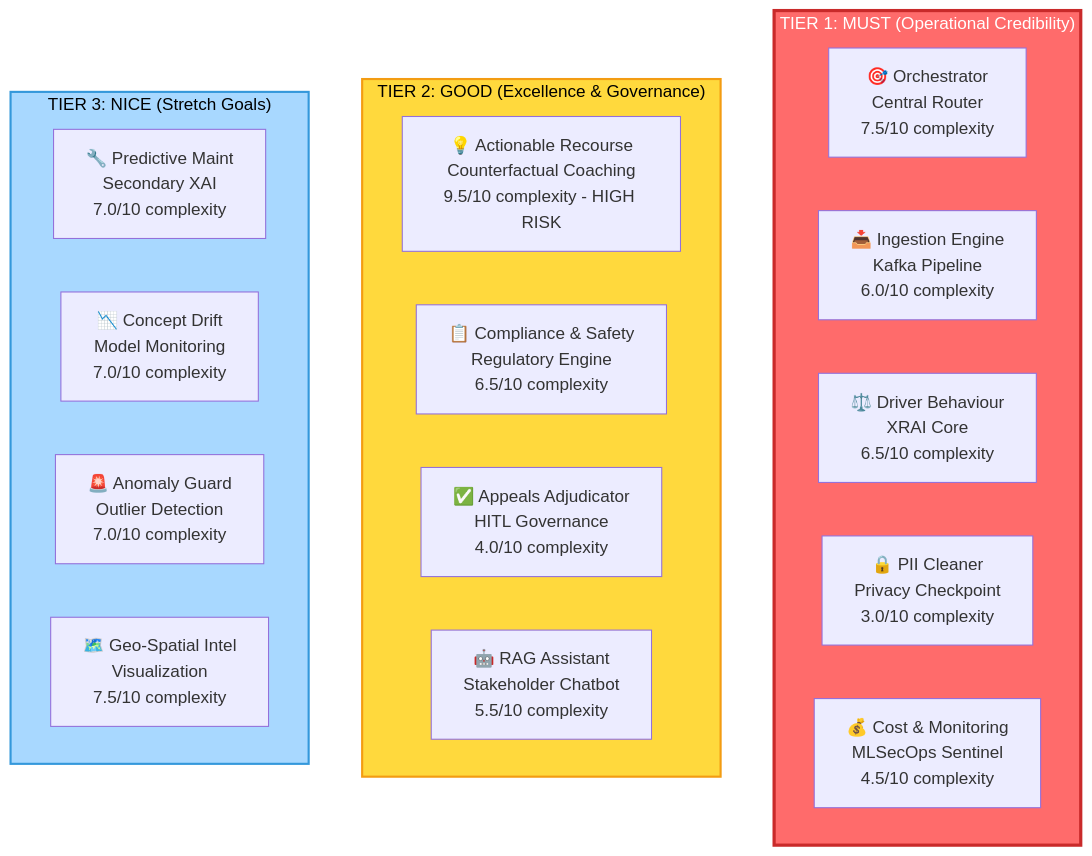
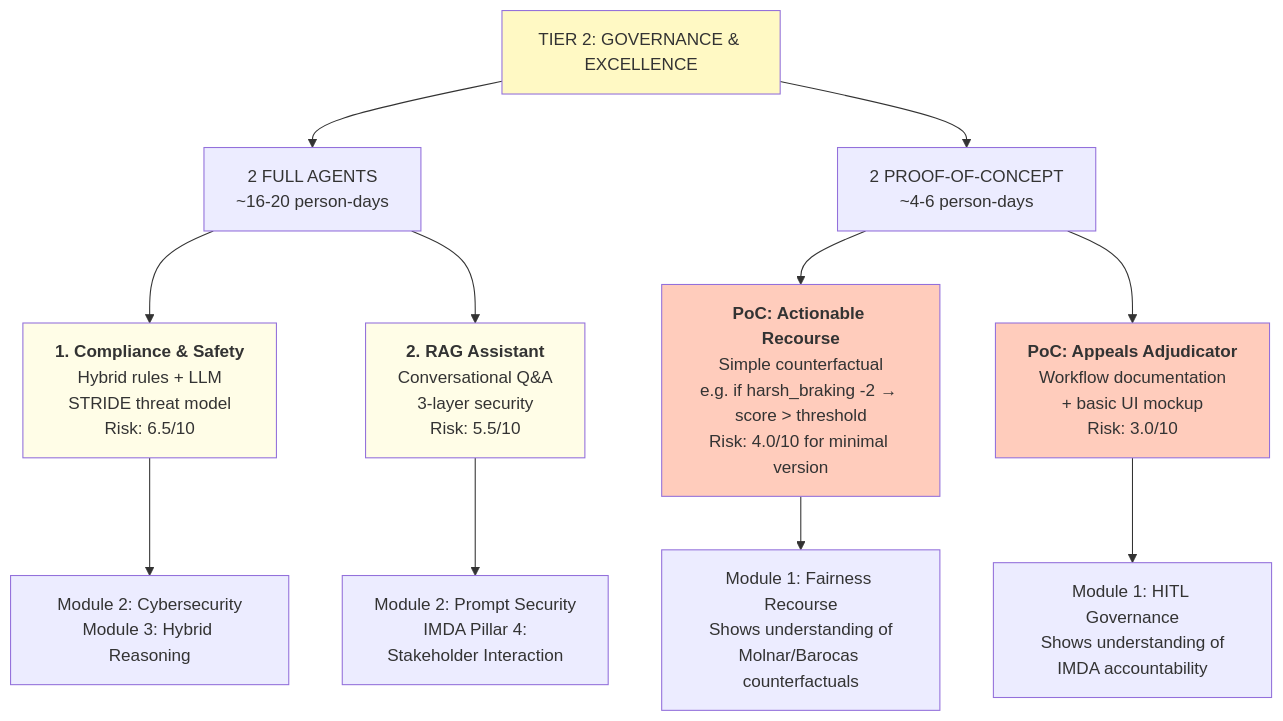
One commit to tracedata-ai/tracedata-ai-monorepo changed the third of 15 diagrams in docs/architecture/master_plan.md. Above: the diagram before and after it, drawn with Mermaid. The commit also changed other lines of this file and 1 other file, not shown here.

````diff
--- a/docs/architecture/master_plan.md
+++ b/docs/architecture/master_plan.md
@@ -36,28 +119,23 @@
 ```mermaid
-graph TB
-    subgraph T1["TIER 1: MUST (Operational Credibility)"]
-        O["🎯 Orchestrator<br/>Central Router<br/>7.5/10 complexity"]
-        I["📥 Ingestion Engine<br/>Kafka Pipeline<br/>6.0/10 complexity"]
-        D["⚖️ Driver Behaviour<br/>XRAI Core<br/>6.5/10 complexity"]
-        P["🔒 PII Cleaner<br/>Privacy Checkpoint<br/>3.0/10 complexity"]
-        C["💰 Cost & Monitoring<br/>MLSecOps Sentinel<br/>4.5/10 complexity"]
-    end
+graph TD
+    A["TIER 2: GOVERNANCE & EXCELLENCE"] --> B["2 FULL AGENTS<br/>~16-20 person-days"]
+    A --> C["2 PROOF-OF-CONCEPT<br/>~4-6 person-days"]
 
-    subgraph T2["TIER 2: GOOD (Excellence & Governance)"]
-        A["💡 Actionable Recourse<br/>Counterfactual Coaching<br/>9.5/10 complexity - HIGH RISK"]
-        CO["📋 Compliance & Safety<br/>Regulatory Engine<br/>6.5/10 complexity"]
-        AP["✅ Appeals Adjudicator<br/>HITL Governance<br/>4.0/10 complexity"]
-        R["🤖 RAG Assistant<br/>Stakeholder Chatbot<br/>5.5/10 complexity"]
-    end
+    B --> B1["<b>1. Compliance & Safety</b><br/>Hybrid rules + LLM<br/>STRIDE threat model<br/>Risk: 6.5/10"]
+    B --> B2["<b>2. RAG Assistant</b><br/>Conversational Q&A<br/>3-layer security<br/>Risk: 5.5/10"]
 
-    subgraph T3["TIER 3: NICE (Stretch Goals)"]
-        PM["🔧 Predictive Maint<br/>Secondary XAI<br/>7.0/10 complexity"]
-        DR["📉 Concept Drift<br/>Model Monitoring<br/>7.0/10 complexity"]
-        AN["🚨 Anomaly Guard<br/>Outlier Detection<br/>7.0/10 complexity"]
-        GS["🗺️ Geo-Spatial Intel<br/>Visualization<br/>7.5/10 complexity"]
-    end
+    C --> C1["<b>PoC: Actionable Recourse</b><br/>Simple counterfactual<br/>e.g. if harsh_braking -2 → score > threshold<br/>Risk: 4.0/10 for minimal version"]
+    C --> C2["<b>PoC: Appeals Adjudicator</b><br/>Workflow documentation<br/>+ basic UI mockup<br/>Risk: 3.0/10"]
 
-    style T1 fill:#ff6b6b,stroke:#c92a2a,stroke-width:3px,color:#fff
-    style T2 fill:#ffd93d,stroke:#f39c12,stroke-width:2px,color:#000
-    style T3 fill:#a8d8ff,stroke:#3498db,stroke-width:2px,color:#000
+    B1 --> D["Module 2: Cybersecurity<br/>Module 3: Hybrid Reasoning"]
+    B2 --> E["Module 2: Prompt Security<br/>IMDA Pillar 4:<br/>Stakeholder Interaction"]
+
+    C1 --> F["Module 1: Fairness Recourse<br/>Shows understanding of<br/>Molnar/Barocas counterfactuals"]
+    C2 --> G["Module 1: HITL Governance<br/>Shows understanding of<br/>IMDA accountability"]
+
+    style A fill:#fff9c4
+    style B1 fill:#fffde7
+    style B2 fill:#fffde7
+    style C1 fill:#ffccbc
+    style C2 fill:#ffccbc
 ```
````
